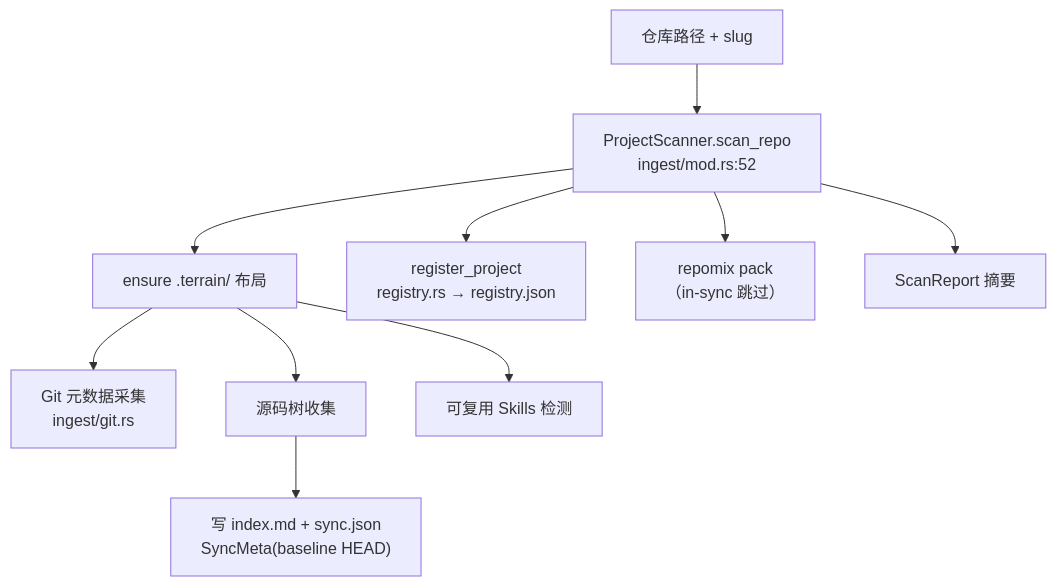
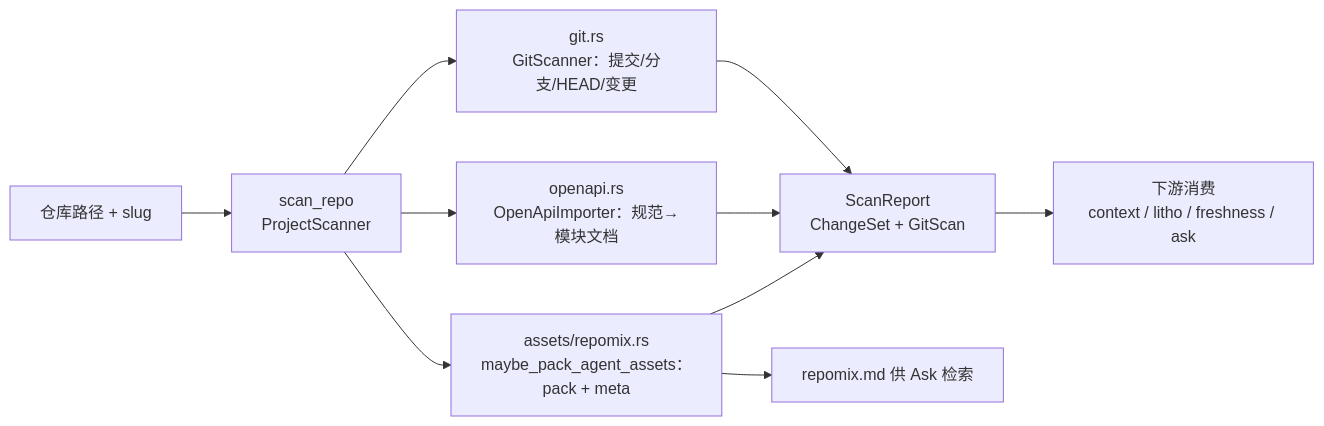
The diagram in .terrain/human/4.Deep-Exploration/ingest.md (sopaco/terrain), drawn with Mermaid before and after one commit. The commit also changed other lines of this file and 29 other files, not shown here.

Commit message:
update terrain assets

````diff
--- a/.terrain/human/4.Deep-Exploration/ingest.md
+++ b/.terrain/human/4.Deep-Exploration/ingest.md
@@ -43,12 +51,12 @@
 ```mermaid
-flowchart TD
-    PATH["仓库路径 + slug"] --> SC["ProjectScanner.scan_repo<br/>ingest/mod.rs:52"]
-    SC --> ENSURE["ensure .terrain/ 布局"]
-    ENSURE --> GIT["Git 元数据采集<br/>ingest/git.rs"]
-    ENSURE --> FS["源码树收集"]
-    ENSURE --> SKILL["可复用 Skills 检测"]
-    FS --> IX["写 index.md + sync.json<br/>SyncMeta(baseline HEAD)"]
-    SC --> REG["register_project<br/>registry.rs → registry.json"]
-    SC --> PACK["repomix pack<br/>（in-sync 跳过）"]
-    SC --> RPT["ScanReport 摘要"]
+flowchart LR
+    A["仓库路径 + slug"] --> B["scan_repo<br/>ProjectScanner"]
+    B --> C["git.rs<br/>GitScanner：提交/分支/HEAD/变更"]
+    B --> D["openapi.rs<br/>OpenApiImporter：规范→模块文档"]
+    B --> E["assets/repomix.rs<br/>maybe_pack_agent_assets：pack + meta"]
+    C --> F["ScanReport<br/>ChangeSet + GitScan"]
+    D --> F
+    E --> F
+    F --> G["下游消费<br/>context / litho / freshness / ask"]
+    E --> H["repomix.md 供 Ask 检索"]
 ```
````
